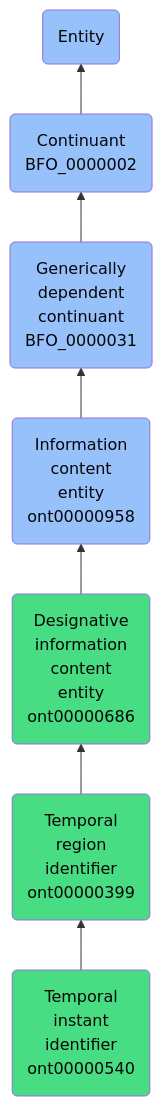
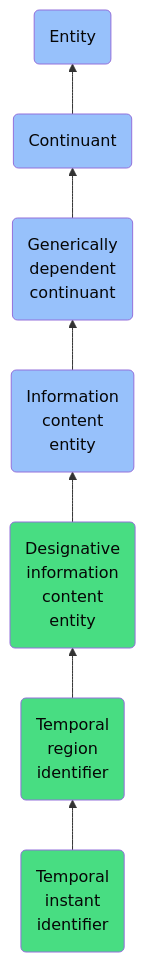
Before and after one commit to jupyter-naas/abi: the diagram in docs/ontology/reference/model/Entity/Continuant/Generically dependent continuant/Information content entity/Designative information content entity/Temporal region identifier/Temporal instant identifier/Temporal instant identifier.md, drawn with Mermaid. The commit also changed other lines of this file and 1430 other files, not shown here.

````diff
--- a/docs/ontology/reference/model/Entity/Continuant/Generically dependent continuant/Information content entity/Designative information content entity/Temporal region identifier/Temporal instant identifier/Temporal instant identifier.md
+++ b/docs/ontology/reference/model/Entity/Continuant/Generically dependent continuant/Information content entity/Designative information content entity/Temporal region identifier/Temporal instant identifier/Temporal instant identifier.md
@@ -24,14 +24,14 @@
 ```mermaid
 graph BT
-    ont00000540(Temporal<br>instant<br>identifier<br>ont00000540):::ABI-->ont00000399
-    ont00000399(Temporal<br>region<br>identifier<br>ont00000399):::ABI-->ont00000686
-    ont00000686(Designative<br>information<br>content<br>entity<br>ont00000686):::ABI-->ont00000958
-    ont00000958(Information<br>content<br>entity<br>ont00000958):::BFO-->BFO_0000031
-    BFO_0000031(Generically<br>dependent<br>continuant<br>BFO_0000031):::BFO-->BFO_0000002
-    BFO_0000002(Continuant<br>BFO_0000002):::BFO-->BFO_0000001
+    ont00000540(Temporal<br>instant<br>identifier):::ABI-->ont00000399
+    ont00000399(Temporal<br>region<br>identifier):::ABI-->ont00000686
+    ont00000686(Designative<br>information<br>content<br>entity):::ABI-->ont00000958
+    ont00000958(Information<br>content<br>entity):::BFO-->BFO_0000031
+    BFO_0000031(Generically<br>dependent<br>continuant):::BFO-->BFO_0000002
+    BFO_0000002(Continuant):::BFO-->BFO_0000001
     BFO_0000001(Entity):::BFO
     
     classDef BFO fill:#97c1fb,color:#060606
     classDef CCO fill:#e4c51e,color:#060606
     classDef ABI fill:#48DD82,color:#060606
 ```
````
